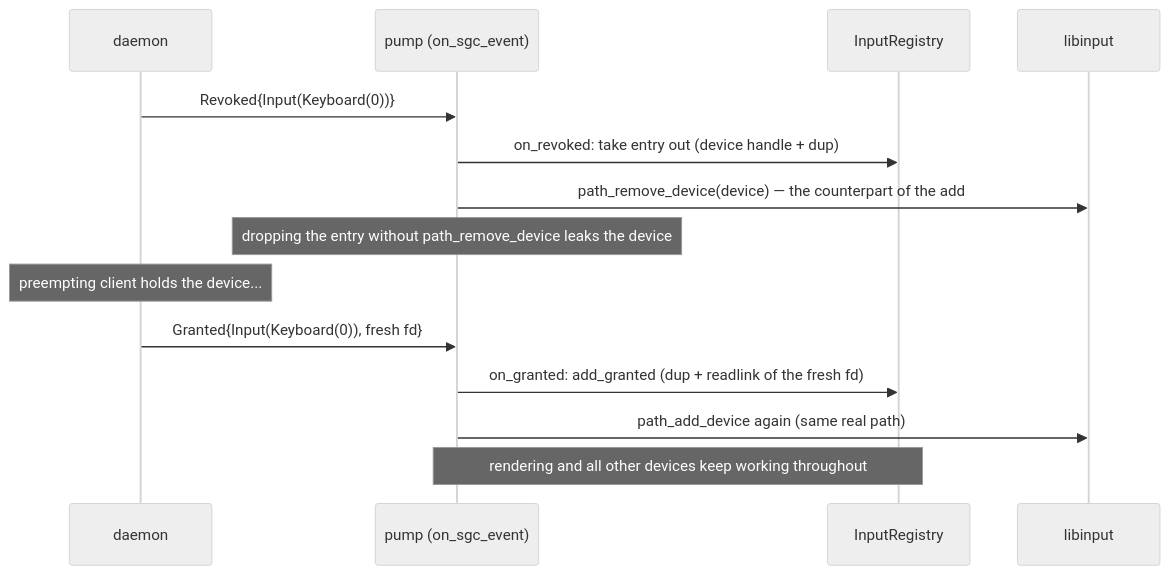
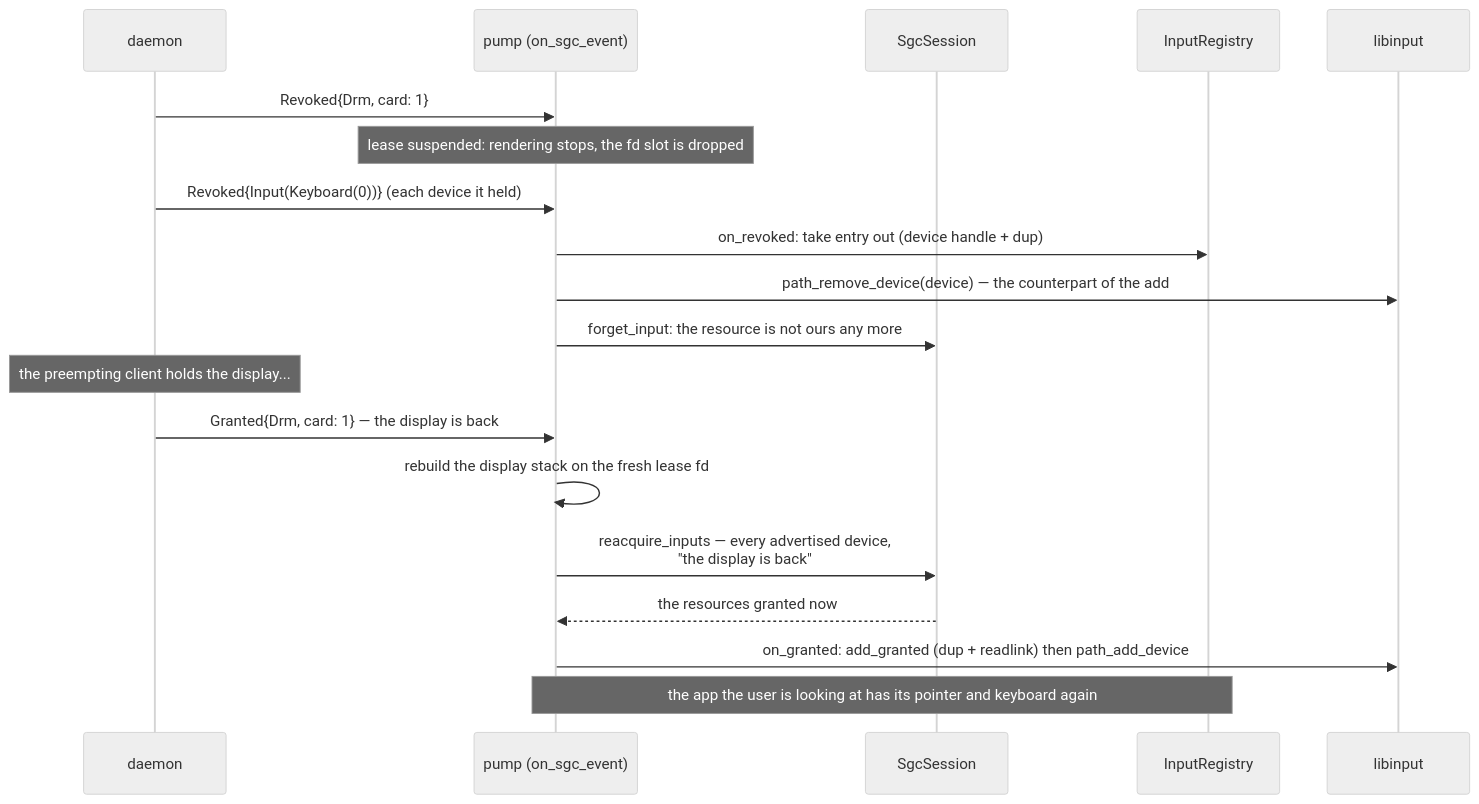
The third of 3 diagrams in internal/backends/linuxsgc/docs/input.md (lulkien/slint), drawn with Mermaid (neutral theme) before and after one commit. The commit also changed other lines of this file and 2 other files, not shown here.

First line of the commit message:
linuxsgc: re-acquire the devices when the display comes back

````diff
--- a/internal/backends/linuxsgc/docs/input.md
+++ b/internal/backends/linuxsgc/docs/input.md
@@ -194,16 +197,21 @@
 ```mermaid
 sequenceDiagram
     participant D as daemon
     participant P as pump (on_sgc_event)
+    participant S as SgcSession
     participant R as InputRegistry
     participant L as libinput
-    D->>P: Revoked{Input(Keyboard(0))}
+    D->>P: Revoked{Drm, card: 1}
+    Note over P: lease suspended: rendering stops, the fd slot is dropped
+    D->>P: Revoked{Input(Keyboard(0))} (each device it held)
     P->>R: on_revoked: take entry out (device handle + dup)
     P->>L: path_remove_device(device) — the counterpart of the add
-    Note over P: dropping the entry without path_remove_device leaks the device
-    Note over D: preempting client holds the device...
-    D->>P: Granted{Input(Keyboard(0)), fresh fd}
-    P->>R: on_granted: add_granted (dup + readlink of the fresh fd)
-    P->>L: path_add_device again (same real path)
-    Note over P,R: rendering and all other devices keep working throughout
+    P->>S: forget_input: the resource is not ours any more
+    Note over D: the preempting client holds the display...
+    D->>P: Granted{Drm, card: 1} — the display is back
+    P->>P: rebuild the display stack on the fresh lease fd
+    P->>S: reacquire_inputs — every advertised device,<br/>"the display is back"
+    S-->>P: the resources granted now
+    P->>L: on_granted: add_granted (dup + readlink) then path_add_device
+    Note over P,R: the app the user is looking at has its pointer and keyboard again
 ```
````
